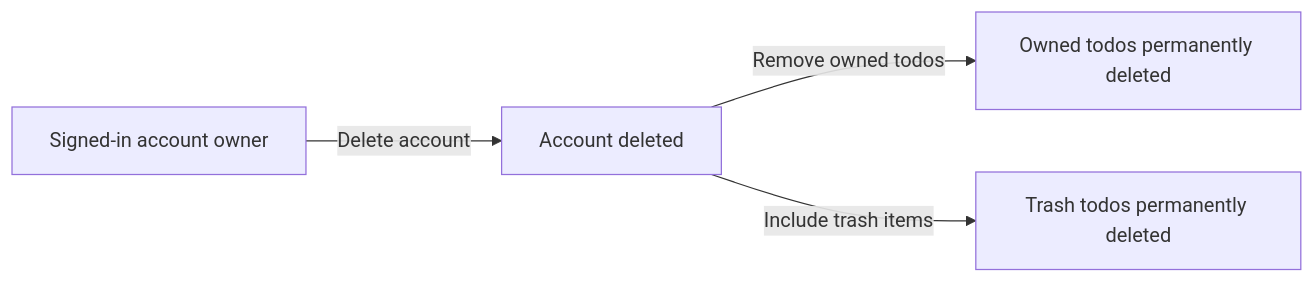
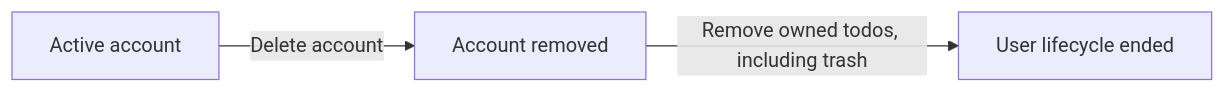
Before and after one commit to wrtnlabs/autobe-examples: the second of 4 diagrams in openai/gpt-5.4-mini/todo/docs/analysis/03-functional-requirements.md, drawn with Mermaid. The commit also changed other lines of this file and 6645 other files, not shown here.

````diff
--- a/openai/gpt-5.4-mini/todo/docs/analysis/03-functional-requirements.md
+++ b/openai/gpt-5.4-mini/todo/docs/analysis/03-functional-requirements.md
@@ -53,6 +47,5 @@
 ```mermaid
 flowchart LR
-    A["Signed-in account owner"] -->|"Delete account"| B["Account deleted"]
-    B -->|"Remove owned todos"| C["Owned todos permanently deleted"]
-    B -->|"Include trash items"| D["Trash todos permanently deleted"]
+    A["Active account"] -->|"Delete account"| B["Account removed"]
+    B -->|"Remove owned todos, including trash"| C["User lifecycle ended"]
 ```
````
